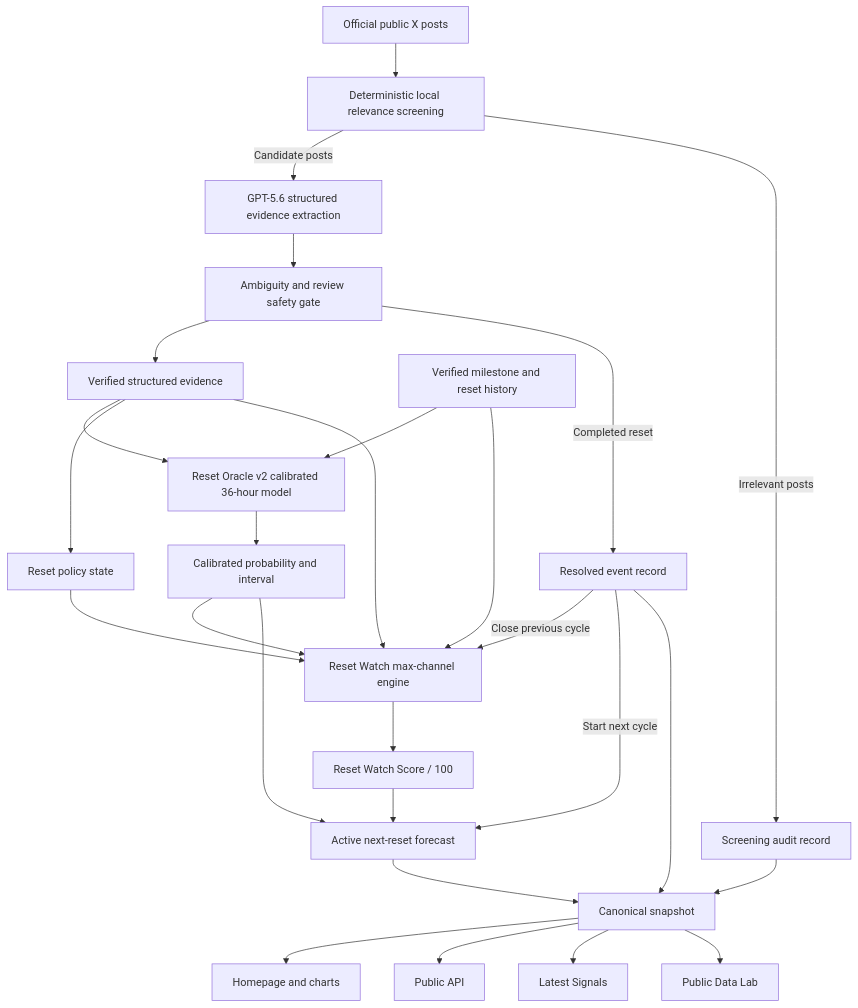
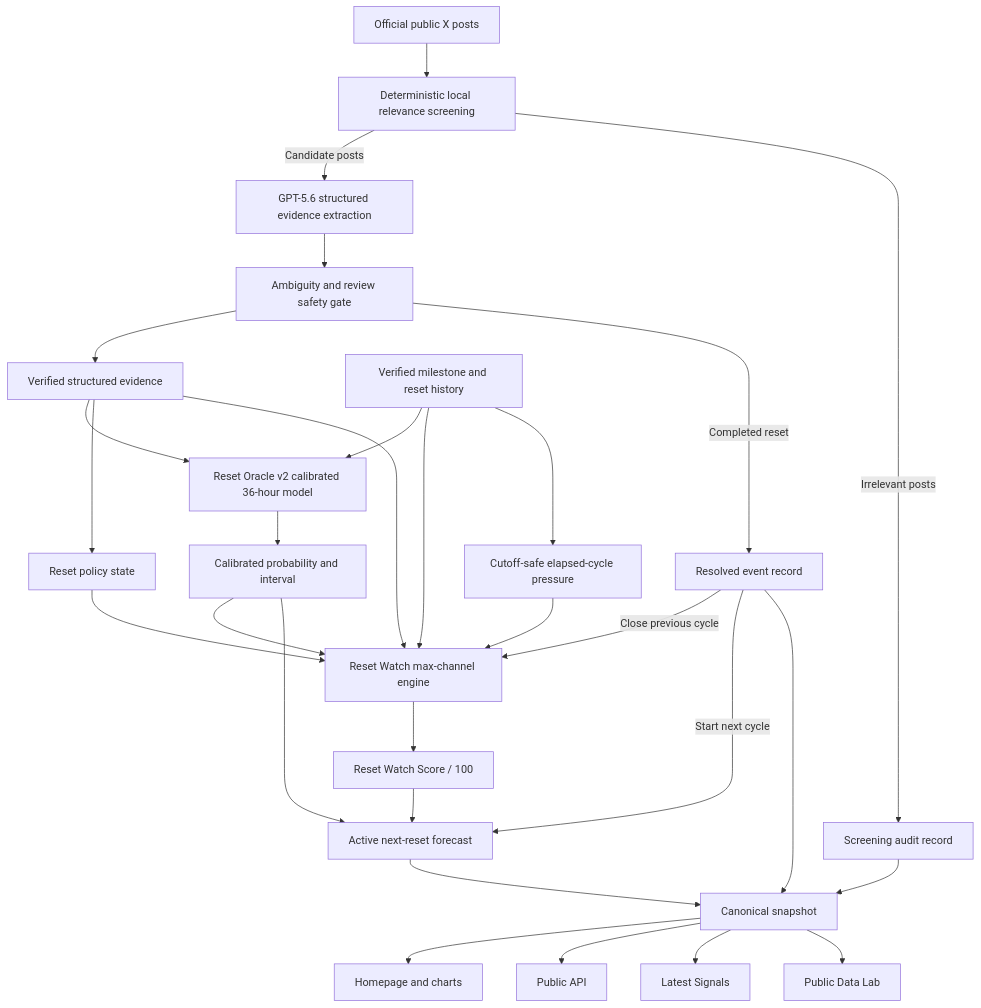
Before and after one commit to 9natthaphong/tiboreset: the diagram in README.md, drawn with Mermaid. The commit also changed other lines of this file and 30 other files, not shown here.

Commit message:
fix: restore elapsed cycle pressure to watch score

````diff
--- a/README.md
+++ b/README.md
@@ -86,29 +86,31 @@
 ```mermaid
 flowchart TD
     X[Official public X posts] --> S[Deterministic local relevance screening]
     S -->|Candidate posts| G[GPT-5.6 structured evidence extraction]
     S -->|Irrelevant posts| A[Screening audit record]
     G --> Q[Ambiguity and review safety gate]
     Q --> E[Verified structured evidence]
     H[Verified milestone and reset history] --> R[Reset Oracle v2 calibrated 36-hour model]
     E --> R
     R --> C[Calibrated probability and interval]
     H --> Y[Reset Watch max-channel engine]
+    H --> CP[Cutoff-safe elapsed-cycle pressure]
+    CP --> Y
     E --> P[Reset policy state]
     P --> Y
     E --> Y
     C --> Y
     Y --> L[Reset Watch Score / 100]
     Q -->|Completed reset| Z[Resolved event record]
     Z -->|Close previous cycle| Y
     Z -->|Start next cycle| N[Active next-reset forecast]
     L --> N
     C --> N
     A --> K[Canonical snapshot]
     Z --> K
     N --> K
     K --> U[Homepage and charts]
     K --> API[Public API]
     K --> LS[Latest Signals]
     K --> DL[Public Data Lab]
 ```
````
